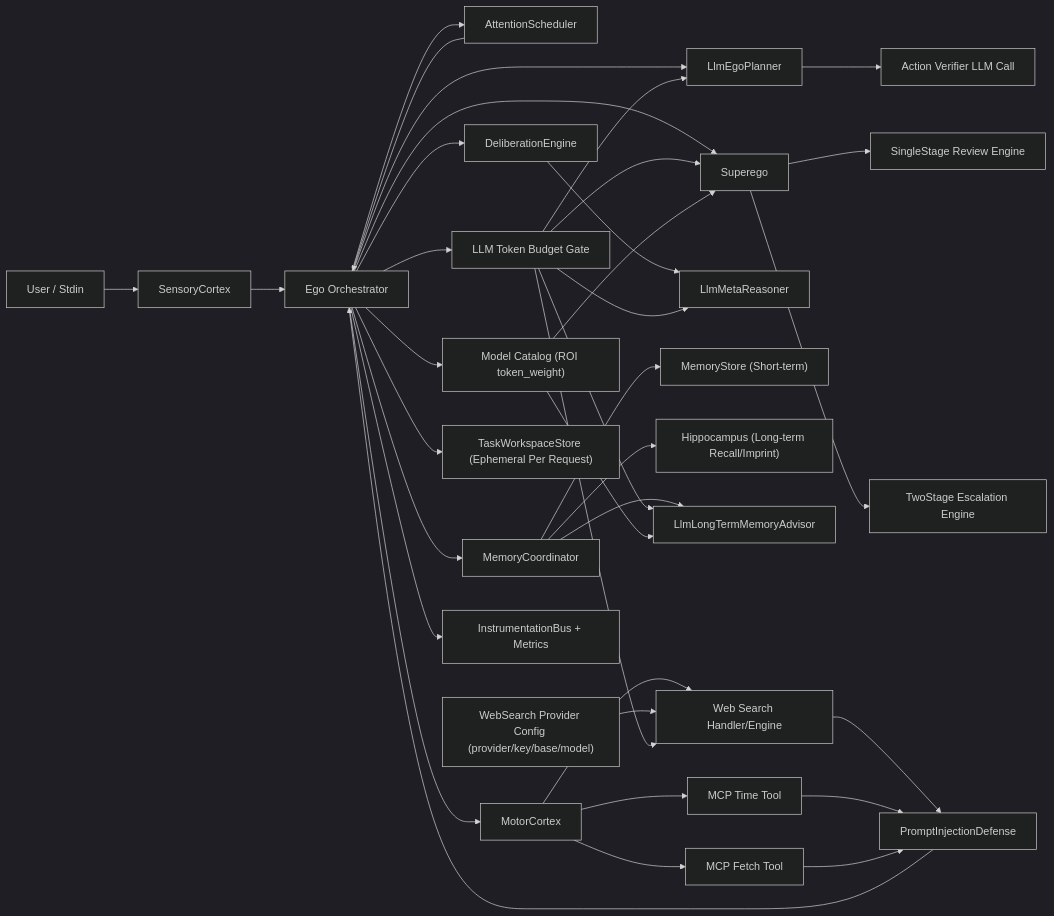
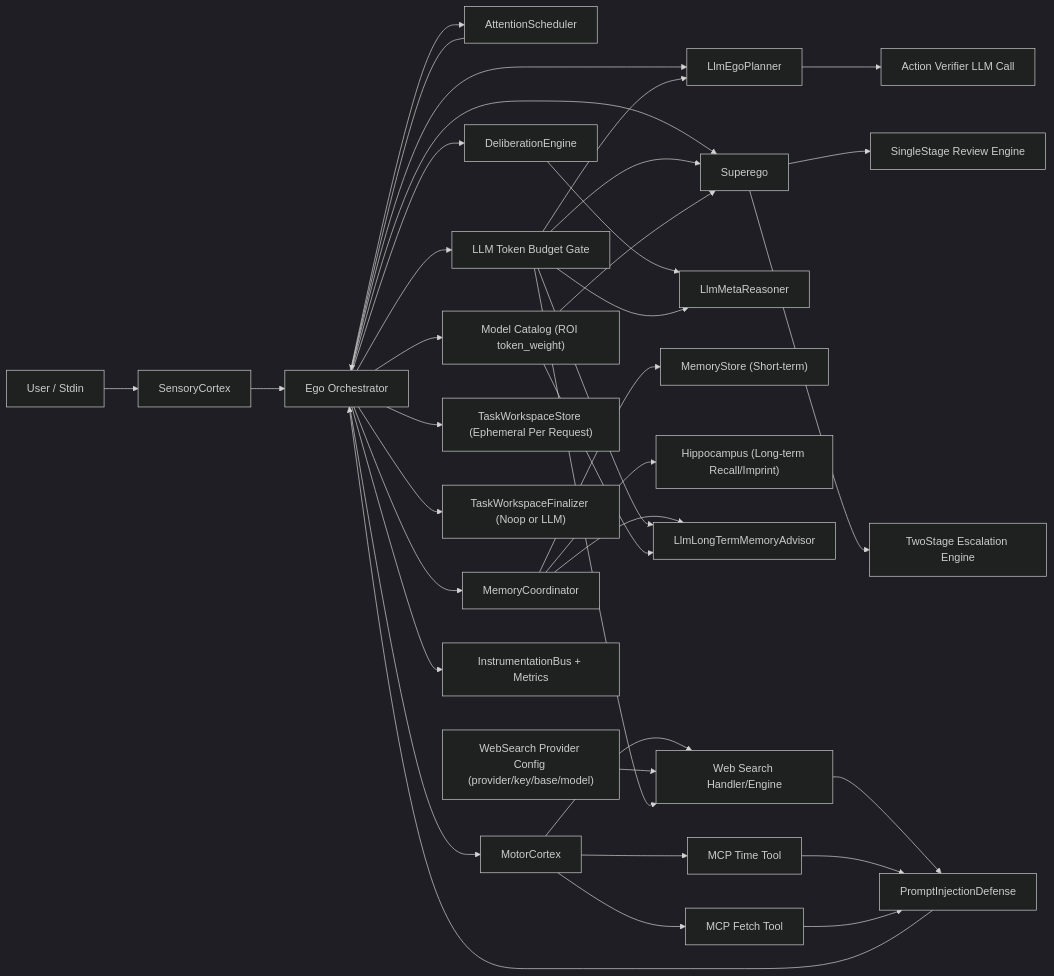
One commit to neopsyke/NeoPsyke changed the first of 6 diagrams in AGENT_LOGIC_DIAGRAM.md. Above: the diagram before and after it, drawn with Mermaid (dark theme). The commit also changed other lines of this file and 15 other files, not shown here.

Commit message:
feat: add confidence-gated task workspace final-pass finalizer

````diff
--- a/AGENT_LOGIC_DIAGRAM.md
+++ b/AGENT_LOGIC_DIAGRAM.md
@@ -8,45 +8,46 @@
 ```mermaid
 flowchart LR
     U["User / Stdin"] --> SC["SensoryCortex"]
     SC --> E["Ego Orchestrator"]
 
     E --> AS["AttentionScheduler"]
     AS --> E
 
     E --> P["LlmEgoPlanner"]
     P --> AV["Action Verifier LLM Call"]
     E --> S["Superego"]
     S --> S1["SingleStage Review Engine"]
     S --> S2["TwoStage Escalation Engine"]
     E --> M["MotorCortex"]
     E --> BG["LLM Token Budget Gate"]
     E --> MCat["Model Catalog (ROI token_weight)"]
 
     E --> DE["DeliberationEngine"]
     DE --> MR["LlmMetaReasoner"]
 
     E --> MC["MemoryCoordinator"]
     MC --> MS["MemoryStore (Short-term)"]
     MC --> H["Hippocampus (Long-term Recall/Imprint)"]
     MC --> LTM["LlmLongTermMemoryAdvisor"]
     E --> TWS["TaskWorkspaceStore (Ephemeral Per Request)"]
+    E --> TWF["TaskWorkspaceFinalizer (Noop or LLM)"]
 
     M --> WS["Web Search Handler/Engine"]
     CfgWS["WebSearch Provider Config (provider/key/base/model)"] --> WS
     M --> MT["MCP Time Tool"]
     M --> MF["MCP Fetch Tool"]
     WS --> PID["PromptInjectionDefense"]
     MT --> PID
     MF --> PID
     PID --> E
 
     BG --> P
     BG --> S
     BG --> MR
     BG --> LTM
     BG --> WS
     MCat --> S
     MCat --> LTM
 
     E --> I["InstrumentationBus + Metrics"]
 ```
````
